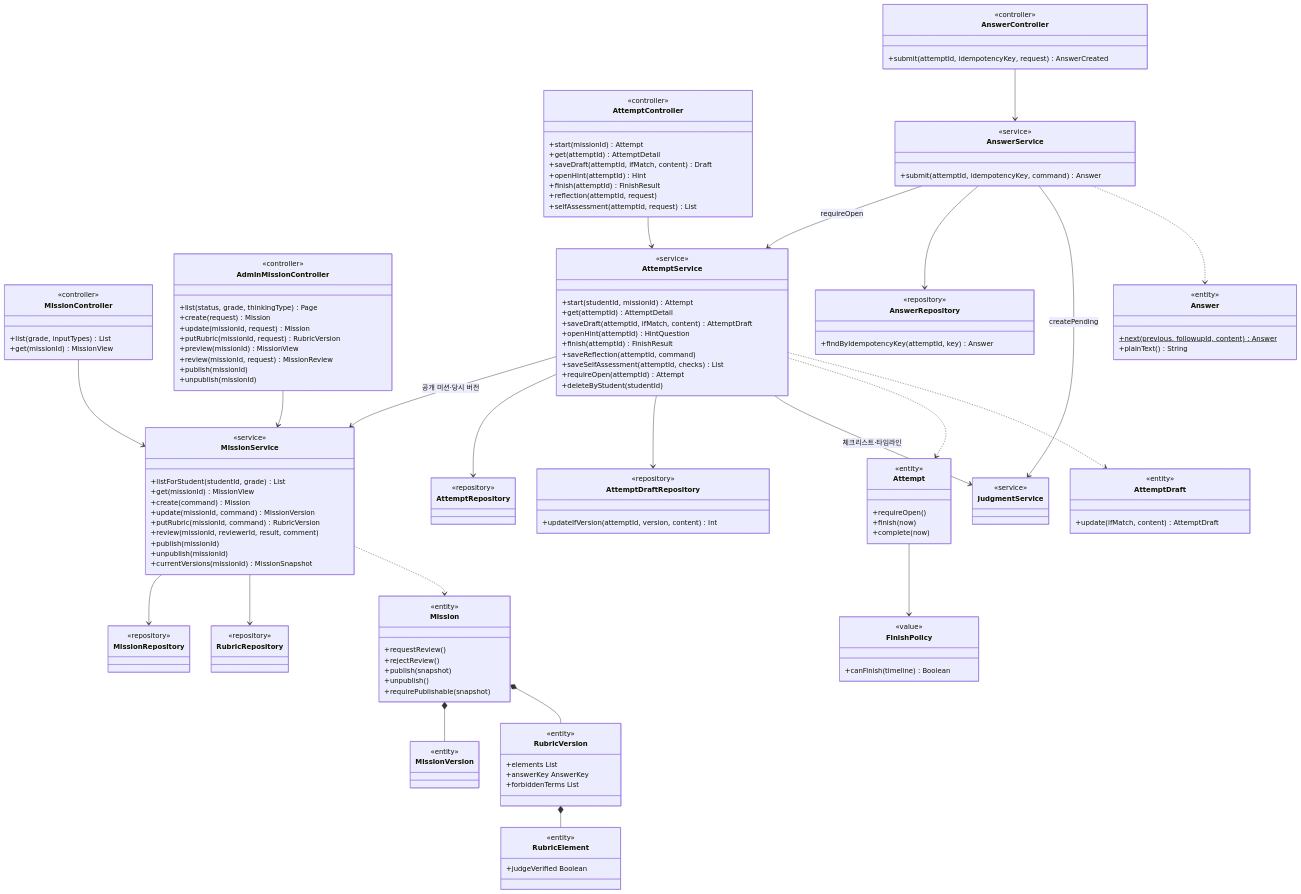
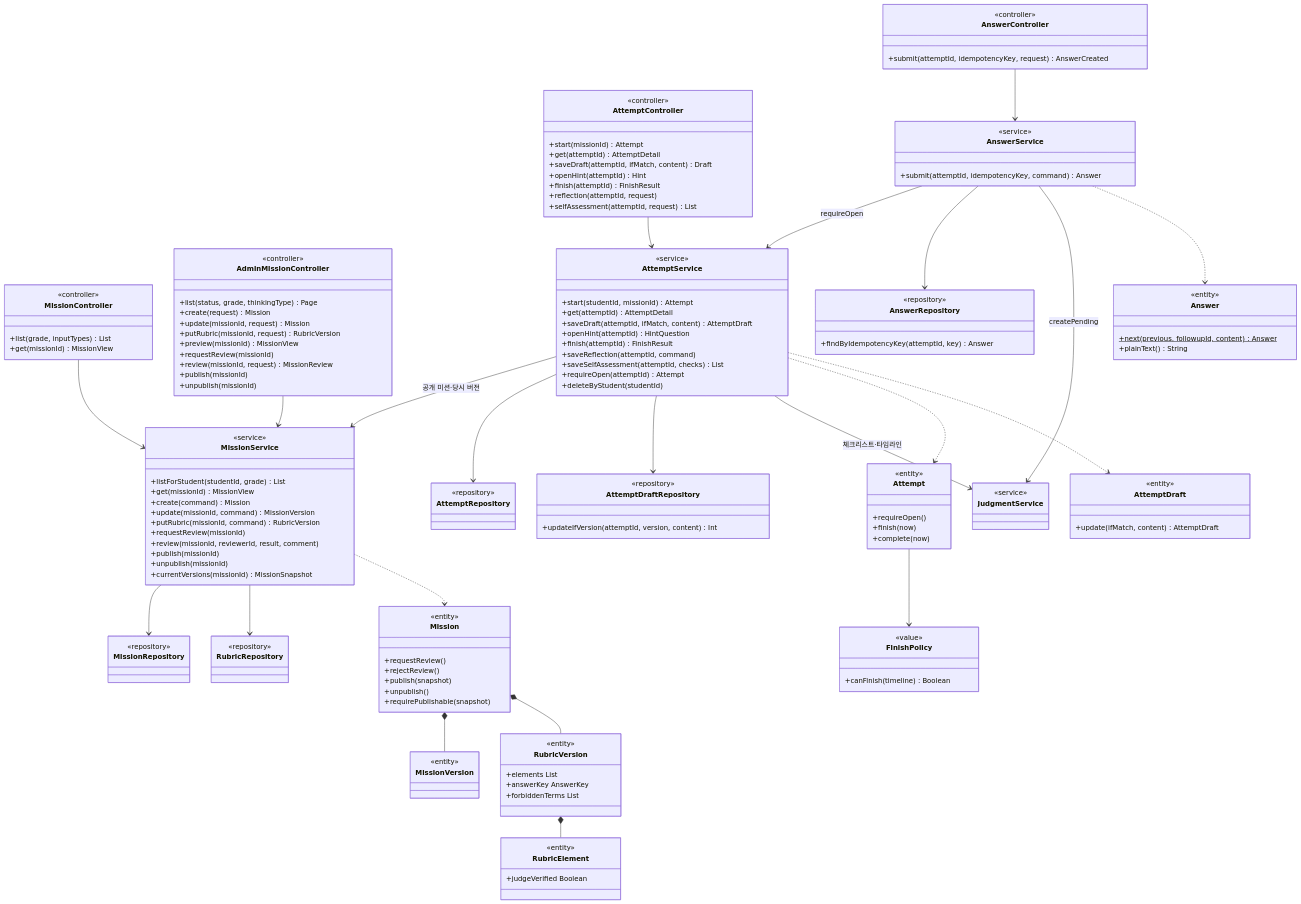
One commit to SKNETWORKS-FAMILY-AICAMP/SKN34-FINAL-3TEAM changed the eighth of 15 diagrams in docs/design/class-diagram.md. Above: the diagram before and after it, drawn with Mermaid. The commit also changed other lines of this file and 7 other files, not shown here.

```diff
--- a/docs/design/class-diagram.md
+++ b/docs/design/class-diagram.md
@@ -861,6 +862,7 @@
     +update(missionId, request) Mission
     +putRubric(missionId, request) RubricVersion
     +preview(missionId) MissionView
+    +requestReview(missionId)
     +review(missionId, request) MissionReview
     +publish(missionId)
     +unpublish(missionId)
@@ -872,6 +874,7 @@
     +create(command) Mission
     +update(missionId, command) MissionVersion
     +putRubric(missionId, command) RubricVersion
+    +requestReview(missionId)
     +review(missionId, reviewerId, result, comment)
     +publish(missionId)
     +unpublish(missionId)
```
